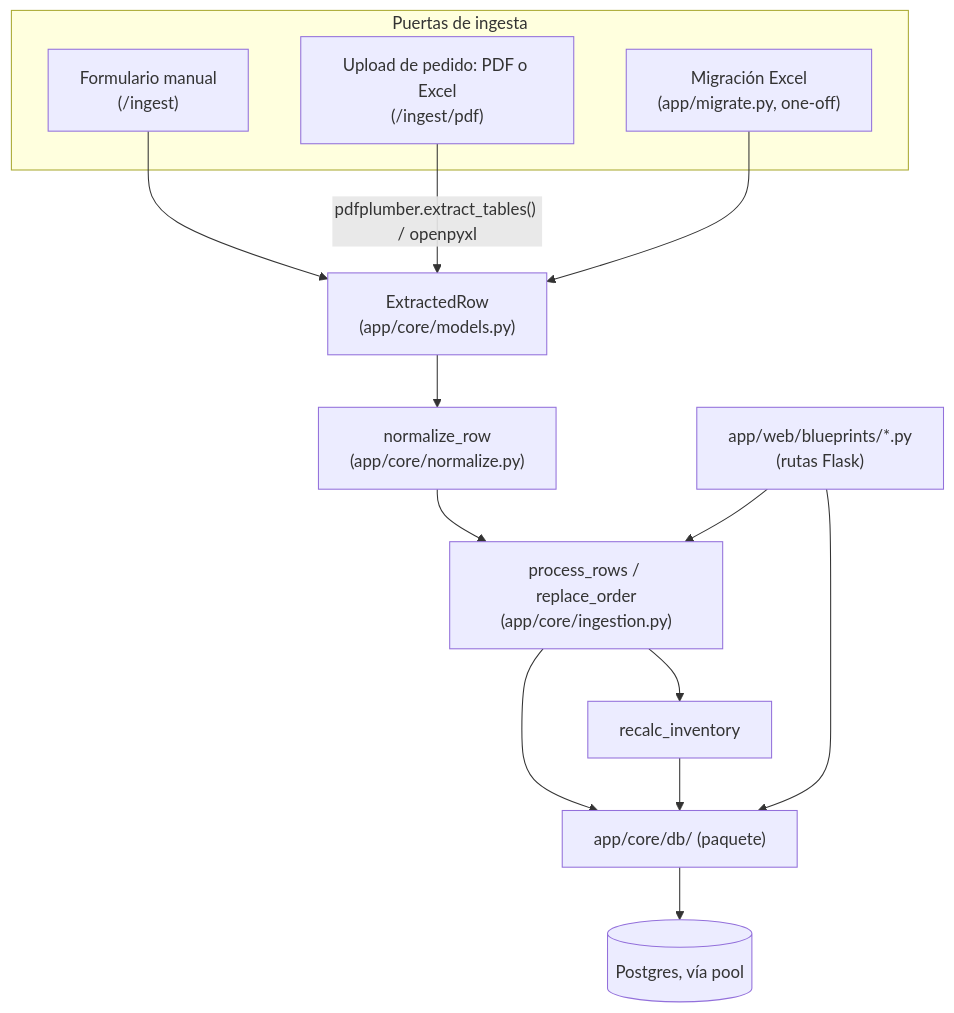
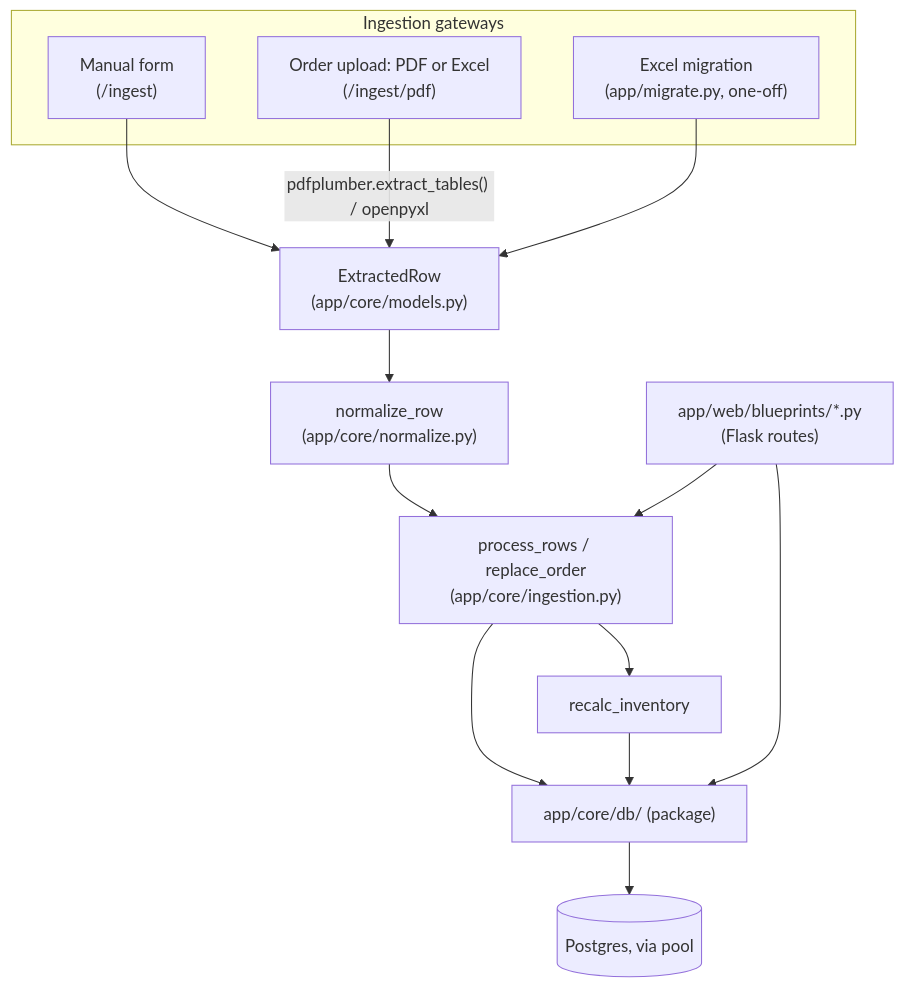
One commit to nickkmm/plates changed the first of 2 diagrams in docs/ARCHITECTURE.md. Above: the diagram before and after it, drawn with Mermaid. The commit also changed other lines of this file and 18 other files, not shown here.

````diff
--- a/docs/ARCHITECTURE.md
+++ b/docs/ARCHITECTURE.md
@@ -11,20 +11,20 @@
 ```mermaid
 flowchart TD
-    subgraph Puertas["Puertas de ingesta"]
-        M["Formulario manual<br/>(/ingest)"]
-        PDF["Upload de pedido: PDF o Excel<br/>(/ingest/pdf)"]
-        MIG["Migración Excel<br/>(app/migrate.py, one-off)"]
+    subgraph Gateways["Ingestion gateways"]
+        M["Manual form<br/>(/ingest)"]
+        PDF["Order upload: PDF or Excel<br/>(/ingest/pdf)"]
+        MIG["Excel migration<br/>(app/migrate.py, one-off)"]
     end
     M --> ER["ExtractedRow<br/>(app/core/models.py)"]
     PDF -->|"pdfplumber.extract_tables() / openpyxl"| ER
     MIG --> ER
     ER --> NORM["normalize_row<br/>(app/core/normalize.py)"]
     NORM --> PROC["process_rows / replace_order<br/>(app/core/ingestion.py)"]
-    PROC --> DBL["app/core/db/ (paquete)"]
-    DBL --> PG[(Postgres, vía pool)]
+    PROC --> DBL["app/core/db/ (package)"]
+    DBL --> PG[(Postgres, via pool)]
     PROC --> INV[recalc_inventory]
     INV --> DBL
 
-    WEB["app/web/blueprints/*.py<br/>(rutas Flask)"] --> PROC
+    WEB["app/web/blueprints/*.py<br/>(Flask routes)"] --> PROC
     WEB --> DBL
 ```
````
